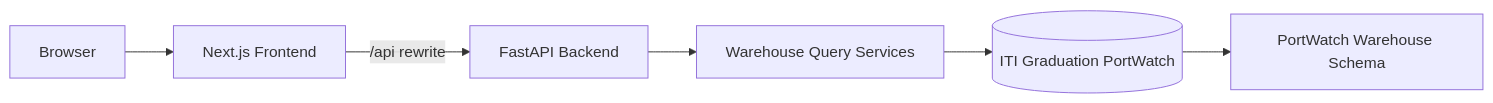
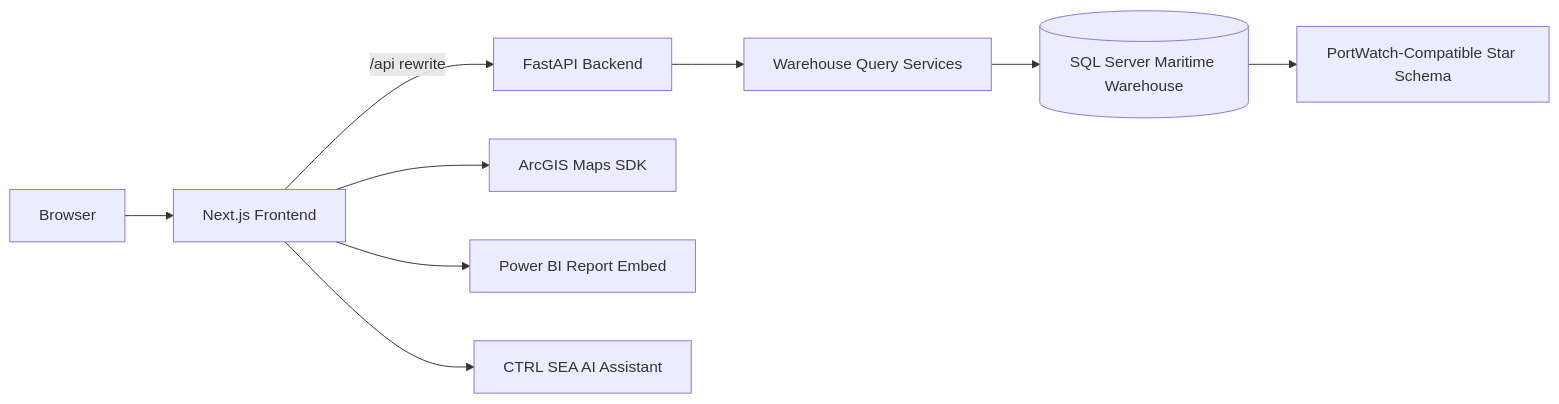
Before and after one commit to KhalidMaherAllaban/CTRL-SEA: the diagram in README.md, drawn with Mermaid. The commit also changed other lines of this file and 89 other files, not shown here.

````diff
--- a/README.md
+++ b/README.md
@@ -7,8 +7,11 @@
 ```mermaid
 flowchart LR
   Browser[Browser] --> Next[Next.js Frontend]
   Next -->|/api rewrite| API[FastAPI Backend]
+  Next --> ArcGIS[ArcGIS Maps SDK]
+  Next --> PowerBI[Power BI Report Embed]
+  Next --> AI[CTRL SEA AI Assistant]
   API --> Services[Warehouse Query Services]
-  Services --> DB[(ITI Graduation PortWatch)]
-  DB --> Star[PortWatch Warehouse Schema]
+  Services --> DB[(SQL Server Maritime Warehouse)]
+  DB --> Star[PortWatch-Compatible Star Schema]
 ```
````
